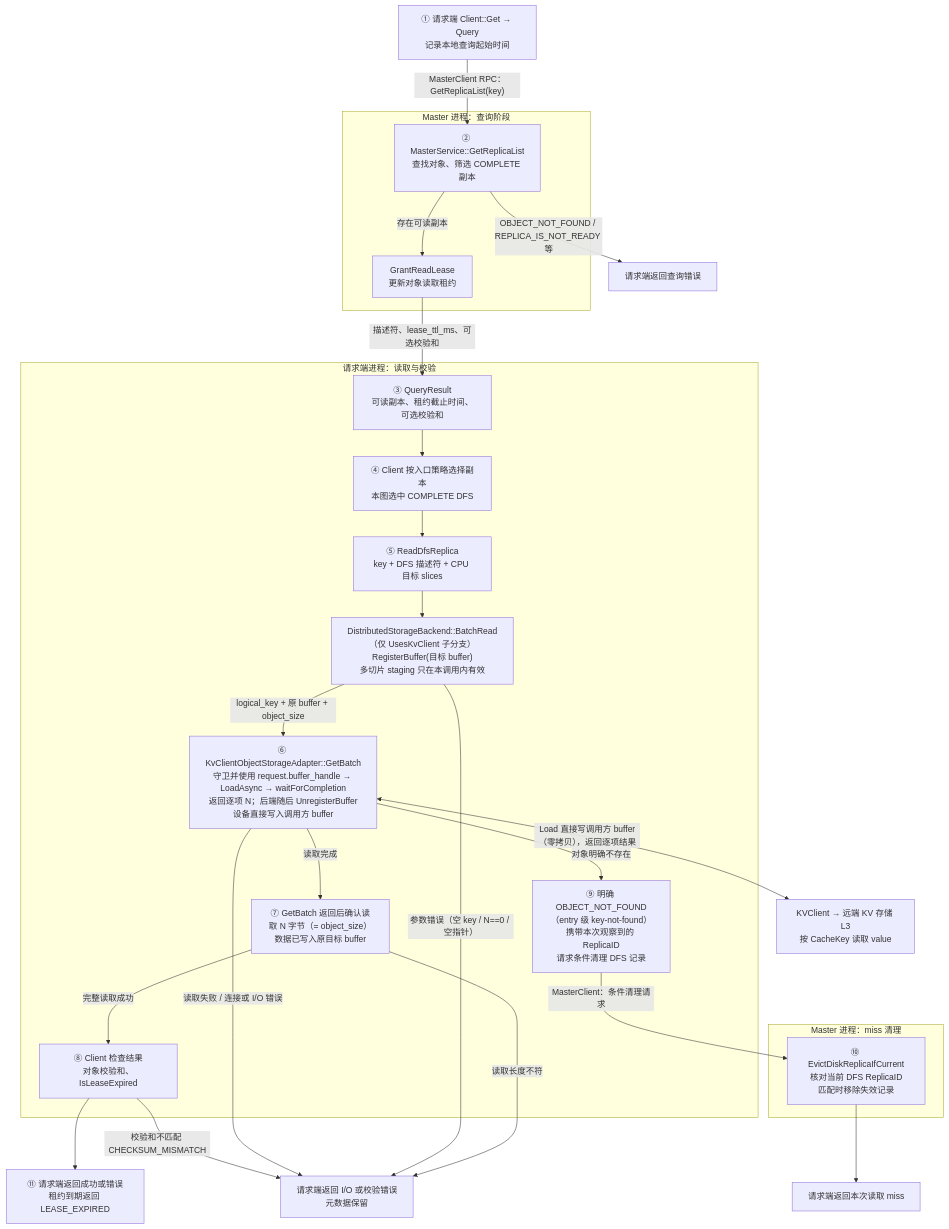
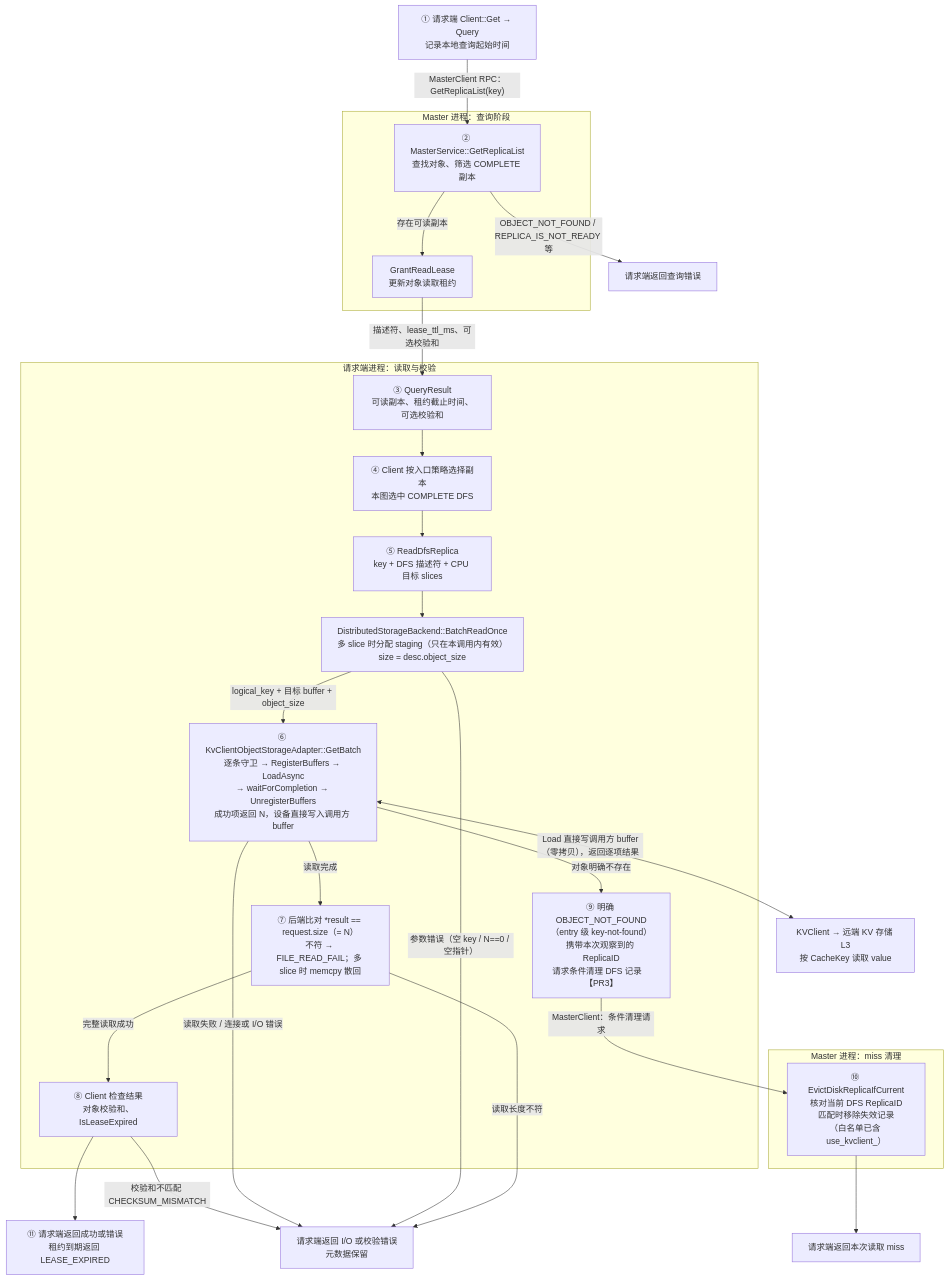
One commit to zwj20000328-dotcom/Mooncake-documents changed the fifth of 13 diagrams in Mooncake + KVClient L3 接入（Kvcs）- v3.md. Above: the diagram before and after it, drawn with Mermaid. The commit also changed other lines of this file, not shown here.

````diff
--- a/Mooncake + KVClient L3 接入（Kvcs）- v3.md
+++ b/Mooncake + KVClient L3 接入（Kvcs）- v3.md
@@ -401,52 +478,52 @@
 ```mermaid
 flowchart TB
     Q["① 请求端 Client::Get → Query<br/>记录本地查询起始时间"]
 
     subgraph MasterQuery["Master 进程：查询阶段"]
         GET["② MasterService::GetReplicaList<br/>查找对象、筛选 COMPLETE 副本"]
         LEASE["GrantReadLease<br/>更新对象读取租约"]
 
         GET -->|"存在可读副本"| LEASE
     end
 
     subgraph Request["请求端进程：读取与校验"]
         QR["③ QueryResult<br/>可读副本、租约截止时间、可选校验和"]
         SELECT["④ Client 按入口策略选择副本<br/>本图选中 COMPLETE DFS"]
         READ["⑤ ReadDfsReplica<br/>key + DFS 描述符 + CPU 目标 slices"]
-        B["DistributedStorageBackend::BatchRead<br/>（仅 UsesKvClient 子分支）RegisterBuffer(目标 buffer)<br/>多切片 staging 只在本调用内有效"]
-        D["⑥ KvClientObjectStorageAdapter::GetBatch<br/>守卫并使用 request.buffer_handle → LoadAsync → waitForCompletion<br/>返回逐项 N；后端随后 UnregisterBuffer<br/>设备直接写入调用方 buffer"]
-        VERIFY["⑦ GetBatch 返回后确认读取 N 字节（= object_size）<br/>数据已写入原目标 buffer"]
+        B["DistributedStorageBackend::BatchReadOnce<br/>多 slice 时分配 staging（只在本调用内有效）<br/>size = desc.object_size"]
+        D["⑥ KvClientObjectStorageAdapter::GetBatch<br/>逐条守卫 → RegisterBuffers → LoadAsync<br/>→ waitForCompletion → UnregisterBuffers<br/>成功项返回 N，设备直接写入调用方 buffer"]
+        VERIFY["⑦ 后端比对 *result == request.size（= N）<br/>不符 → FILE_READ_FAIL；多 slice 时 memcpy 散回"]
         CHECK["⑧ Client 检查结果<br/>对象校验和、IsLeaseExpired"]
-        MISS["⑨ 明确 OBJECT_NOT_FOUND（entry 级 key-not-found）<br/>携带本次观察到的 ReplicaID<br/>请求条件清理 DFS 记录"]
+        MISS["⑨ 明确 OBJECT_NOT_FOUND（entry 级 key-not-found）<br/>携带本次观察到的 ReplicaID<br/>请求条件清理 DFS 记录　【PR3】"]
 
         QR --> SELECT
         SELECT --> READ
         READ --> B
-        B -->|"logical_key + 原 buffer + object_size"| D
+        B -->|"logical_key + 目标 buffer + object_size"| D
         D -->|"读取完成"| VERIFY
         D -->|"对象明确不存在"| MISS
         VERIFY -->|"完整读取成功"| CHECK
     end
 
     subgraph MasterCleanup["Master 进程：miss 清理"]
-        EVICT["⑩ EvictDiskReplicaIfCurrent<br/>核对当前 DFS ReplicaID<br/>匹配时移除失效记录"]
+        EVICT["⑩ EvictDiskReplicaIfCurrent<br/>核对当前 DFS ReplicaID<br/>匹配时移除失效记录<br/>（白名单已含 use_kvclient_）"]
     end
 
     RETURN["⑪ 请求端返回成功或错误<br/>租约到期返回 LEASE_EXPIRED"]
     ERROR["请求端返回 I/O 或校验错误<br/>元数据保留"]
     QUERY_FAIL["请求端返回查询错误"]
     MISS_RETURN["请求端返回本次读取 miss"]
     S["KVClient → 远端 KV 存储 L3<br/>按 CacheKey 读取 value"]
 
     Q -->|"MasterClient RPC：GetReplicaList(key)"| GET
     GET -->|"OBJECT_NOT_FOUND / REPLICA_IS_NOT_READY 等"| QUERY_FAIL
     LEASE -->|"描述符、lease_ttl_ms、可选校验和"| QR
     D <-->|"Load 直接写调用方 buffer（零拷贝），返回逐项结果"| S
     MISS -->|"MasterClient：条件清理请求"| EVICT
     EVICT --> MISS_RETURN
     CHECK --> RETURN
     CHECK -->|"校验和不匹配 CHECKSUM_MISMATCH"| ERROR
     D -->|"读取失败 / 连接或 I/O 错误"| ERROR
     B -->|"参数错误（空 key / N==0 / 空指针）"| ERROR
     VERIFY -->|"读取长度不符"| ERROR
 ```
````
